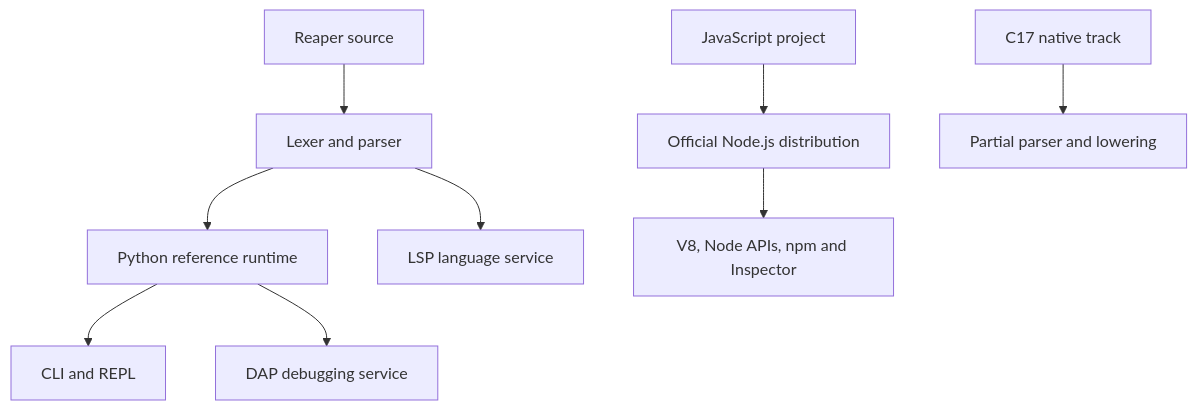
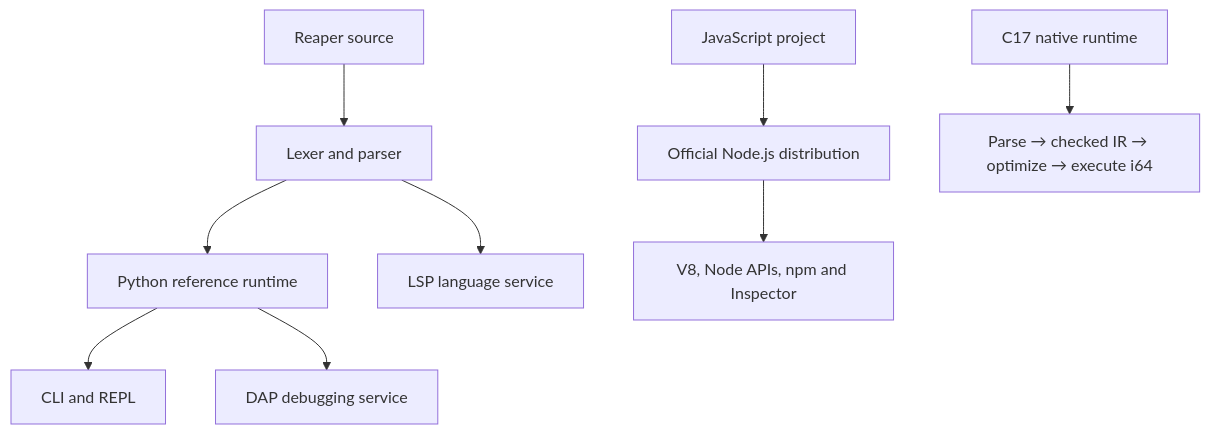
The first of 2 diagrams in README.md (Ivan-VHS/Reaper), drawn with Mermaid before and after one commit. The commit also changed other lines of this file, not shown here.

Commit message:
docs(readme): distinguish native C17 execution from full-language reference

````diff
--- a/README.md
+++ b/README.md
@@ -18,11 +18,11 @@
 ```mermaid
 flowchart TD
     A[Reaper source] --> B[Lexer and parser]
     B --> C[Python reference runtime]
     C --> D[CLI and REPL]
     B --> E[LSP language service]
     C --> F[DAP debugging service]
     G[JavaScript project] --> H[Official Node.js distribution]
     H --> I[V8, Node APIs, npm and Inspector]
-    J[C17 native track] --> K[Partial parser and lowering]
+    J[C17 native runtime] --> K[Parse → checked IR → optimize → execute i64]
 ```
````
